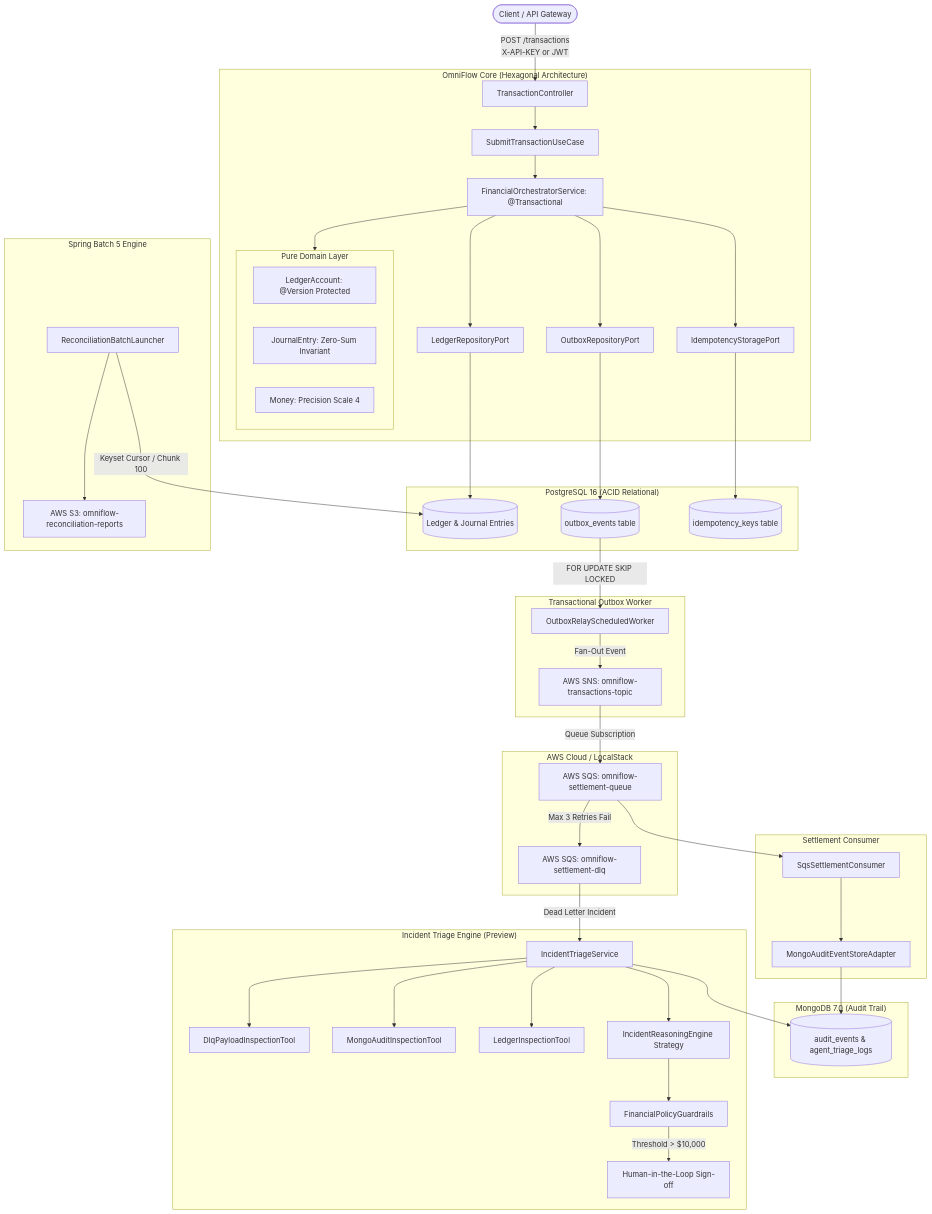
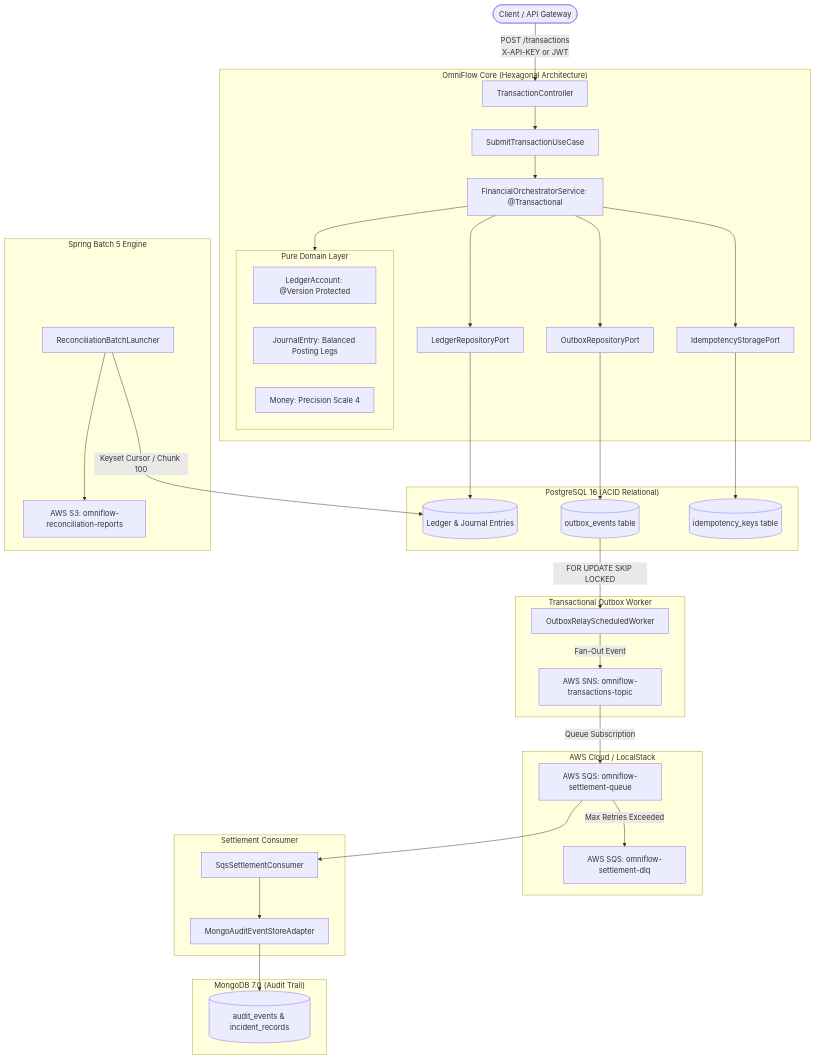
One commit to MickaelGeronimo/omniflow changed the diagram in README.md. Above: the diagram before and after it, drawn with Mermaid. The commit also changed other lines of this file, not shown here.

Commit message:
docs: eliminate AI boilerplate and elevate settlement and reconciliation architecture

````diff
--- a/README.md
+++ b/README.md
@@ -30,61 +30,50 @@
 ```mermaid
 flowchart TD
     Client([Client / API Gateway]) -->|POST /transactions<br>X-API-KEY or JWT| WebAdapter[TransactionController]
 
     subgraph Core ["OmniFlow Core (Hexagonal Architecture)"]
         WebAdapter --> InPort[SubmitTransactionUseCase]
         InPort --> Orchestrator[FinancialOrchestratorService: @Transactional]
 
         subgraph Domain ["Pure Domain Layer"]
             LedgerAccount[LedgerAccount: @Version Protected]
-            JournalEntry[JournalEntry: Zero-Sum Invariant]
+            JournalEntry[JournalEntry: Balanced Posting Legs]
             Money[Money: Precision Scale 4]
         end
 
         Orchestrator --> Domain
         Orchestrator --> OutboxPort[OutboxRepositoryPort]
         Orchestrator --> LedgerPort[LedgerRepositoryPort]
         Orchestrator --> IdempPort[IdempotencyStoragePort]
     end
 
     subgraph PostgreSQL ["PostgreSQL 16 (ACID Relational)"]
         LedgerPort --> PG_Ledger[(Ledger & Journal Entries)]
         OutboxPort --> PG_Outbox[(outbox_events table)]
         IdempPort --> PG_Idemp[(idempotency_keys table)]
     end
 
     subgraph OutboxWorker ["Transactional Outbox Worker"]
         PG_Outbox -->|FOR UPDATE SKIP LOCKED| OutboxRelay[OutboxRelayScheduledWorker]
         OutboxRelay -->|Fan-Out Event| SNS[AWS SNS: omniflow-transactions-topic]
     end
 
     subgraph AWS ["AWS Cloud / LocalStack"]
         SNS -->|Queue Subscription| SQS[AWS SQS: omniflow-settlement-queue]
-        SQS -->|Max 3 Retries Fail| DLQ[AWS SQS: omniflow-settlement-dlq]
+        SQS -->|Max Retries Exceeded| DLQ[AWS SQS: omniflow-settlement-dlq]
     end
 
     subgraph Consumer ["Settlement Consumer"]
         SQS --> SqsListener[SqsSettlementConsumer]
         SqsListener --> MongoStore[MongoAuditEventStoreAdapter]
     end
 
     subgraph MongoDB ["MongoDB 7.0 (Audit Trail)"]
-        MongoStore --> MongoDocs[(audit_events & agent_triage_logs)]
-    end
-
-    subgraph AIAgent ["Incident Triage Engine (Preview)"]
-        DLQ -->|Dead Letter Incident| TriageService[IncidentTriageService]
-        TriageService --> Tool1[DlqPayloadInspectionTool]
-        TriageService --> Tool2[MongoAuditInspectionTool]
-        TriageService --> Tool3[LedgerInspectionTool]
-        TriageService --> Reasoning[IncidentReasoningEngine Strategy]
-        Reasoning --> Guardrail[FinancialPolicyGuardrails]
-        Guardrail -->|Threshold > $10,000| HITL[Human-in-the-Loop Sign-off]
-        TriageService --> MongoDocs
+        MongoStore --> MongoDocs[(audit_events & incident_records)]
     end
 
     subgraph Batch ["Spring Batch 5 Engine"]
         BatchLauncher[ReconciliationBatchLauncher] -->|Keyset Cursor / Chunk 100| PG_Ledger
         BatchLauncher --> S3[AWS S3: omniflow-reconciliation-reports]
     end
 ```
````
